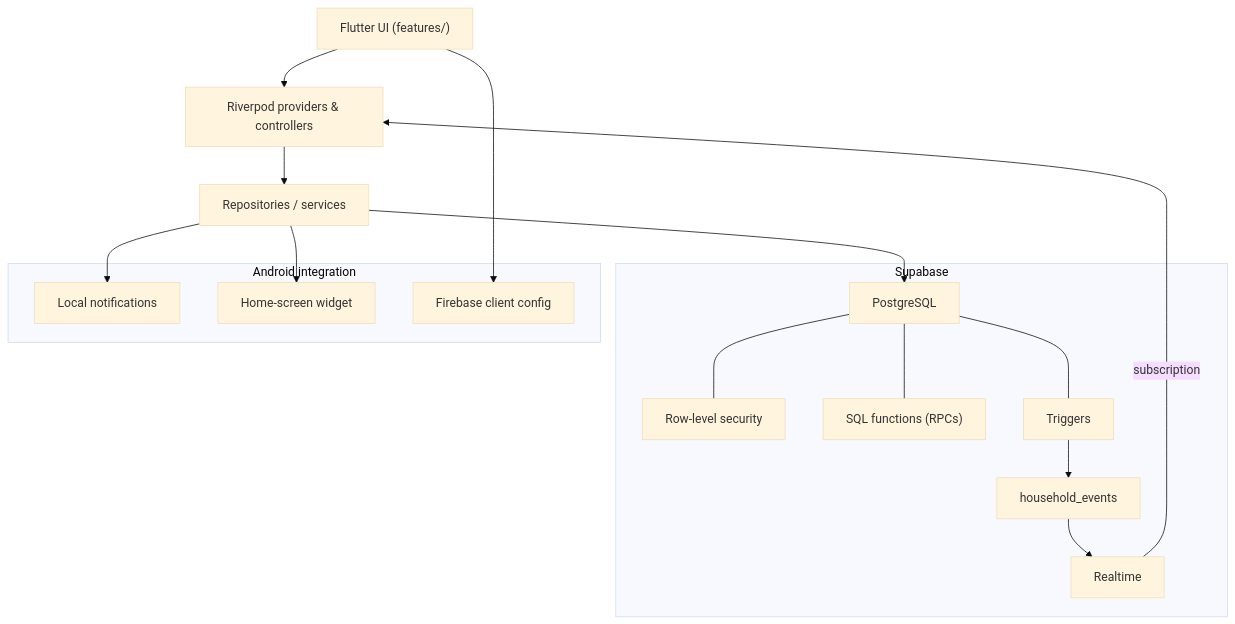
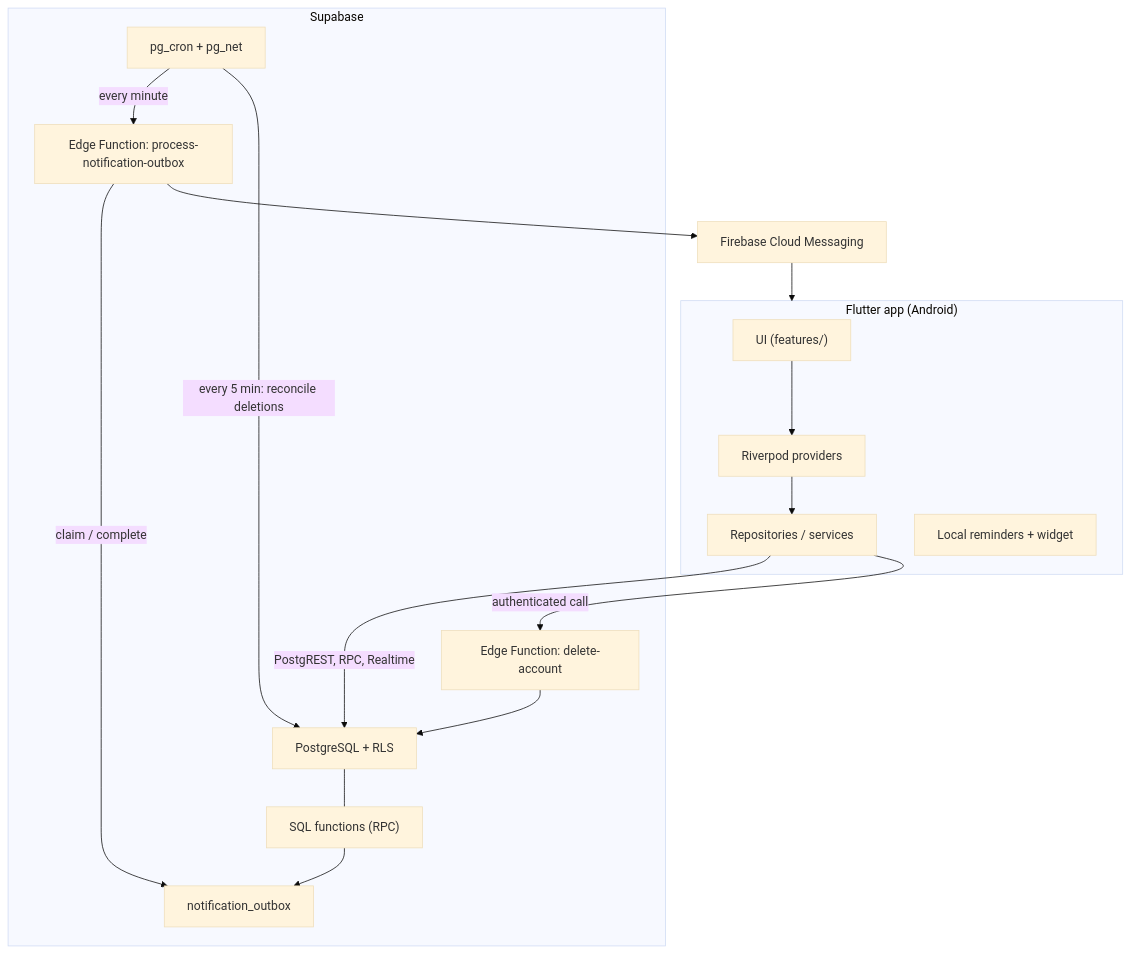
The diagram in README.md (mikhailesemchik-ui/HouseHold), drawn with Mermaid (base theme) before and after one commit. The commit also changed other lines of this file and 5 other files, not shown here.

Commit message:
docs: rewrite README with real device screenshots and current architecture

````diff
--- a/README.md
+++ b/README.md
@@ -65,32 +50,29 @@
 ```mermaid
 graph TD
-    UI["Flutter UI (features/)"] --> RP["Riverpod providers & controllers"]
-    RP --> REPO["Repositories / services"]
-    REPO --> PG
-
-    subgraph SB[Supabase]
-        PG["PostgreSQL"]
-        RLS["Row-level security"]
-        RPC["SQL functions (RPCs)"]
-        TRG["Triggers"]
-        RT["Realtime"]
-        EVT["household_events"]
-        PG --- RLS
-        PG --- RPC
-        PG --- TRG
-        TRG --> EVT
-        EVT --> RT
+    subgraph APP["Flutter app (Android)"]
+        UI["UI (features/)"] --> RP["Riverpod providers"]
+        RP --> REPO["Repositories / services"]
+        LOCAL["Local reminders + widget"]
     end
 
-    RT -->|subscription| RP
+    REPO -->|"PostgREST, RPC, Realtime"| PG
 
-    subgraph AND["Android integration"]
-        NOTIF["Local notifications"]
-        WIDGET["Home-screen widget"]
-        FCM["Firebase client config"]
+    subgraph SB["Supabase"]
+        PG["PostgreSQL + RLS"]
+        RPC["SQL functions (RPC)"]
+        OUT["notification_outbox"]
+        CRON["pg_cron + pg_net"]
+        EF1["Edge Function: process-notification-outbox"]
+        EF2["Edge Function: delete-account"]
+        PG --- RPC
+        RPC --> OUT
+        CRON -->|"every minute"| EF1
+        EF1 -->|"claim / complete"| OUT
+        CRON -->|"every 5 min: reconcile deletions"| PG
     end
 
-    REPO --> NOTIF
-    REPO --> WIDGET
-    UI --> FCM
+    EF1 --> FCM["Firebase Cloud Messaging"]
+    FCM --> APP
+    REPO -->|"authenticated call"| EF2
+    EF2 --> PG
 ```
````
